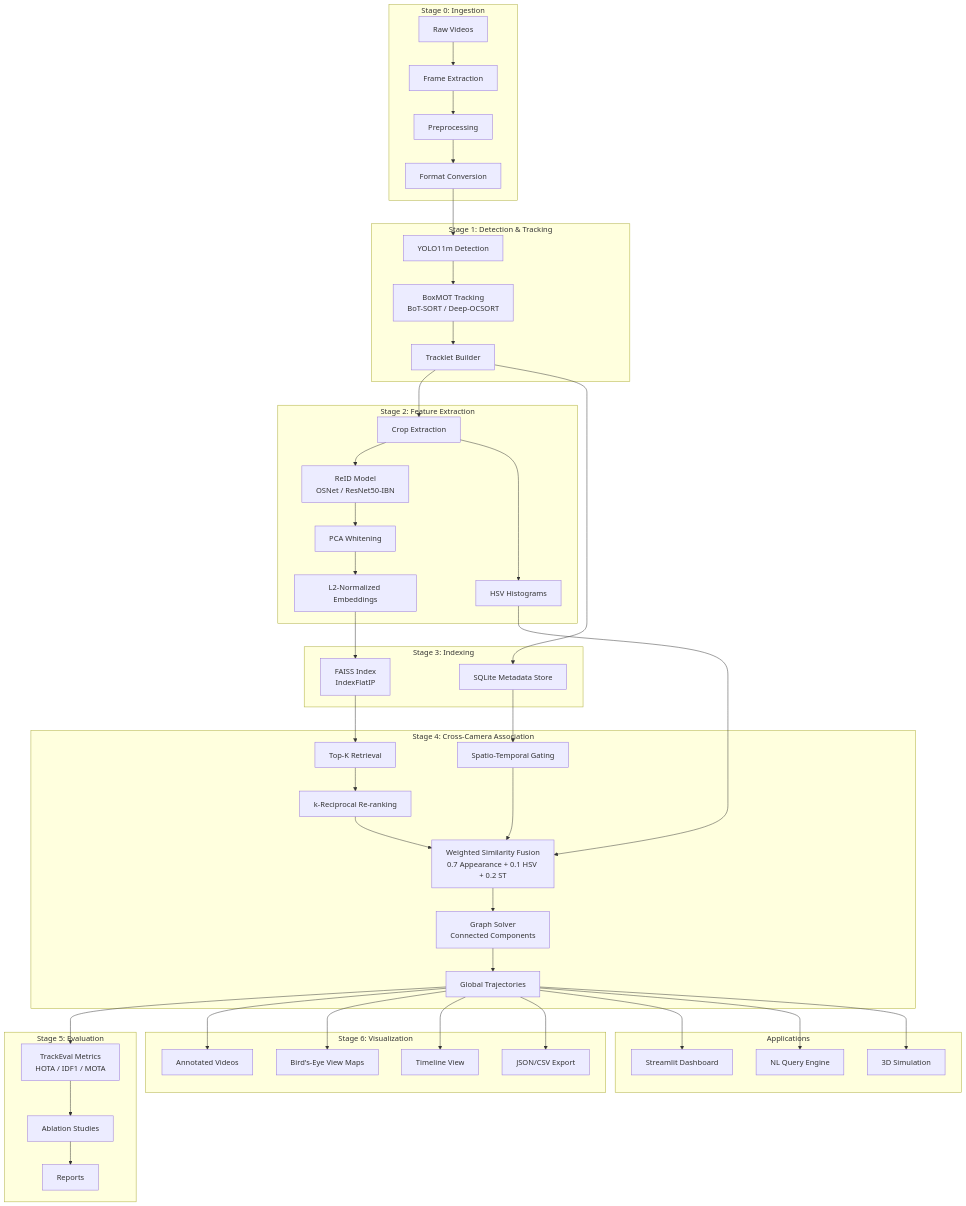
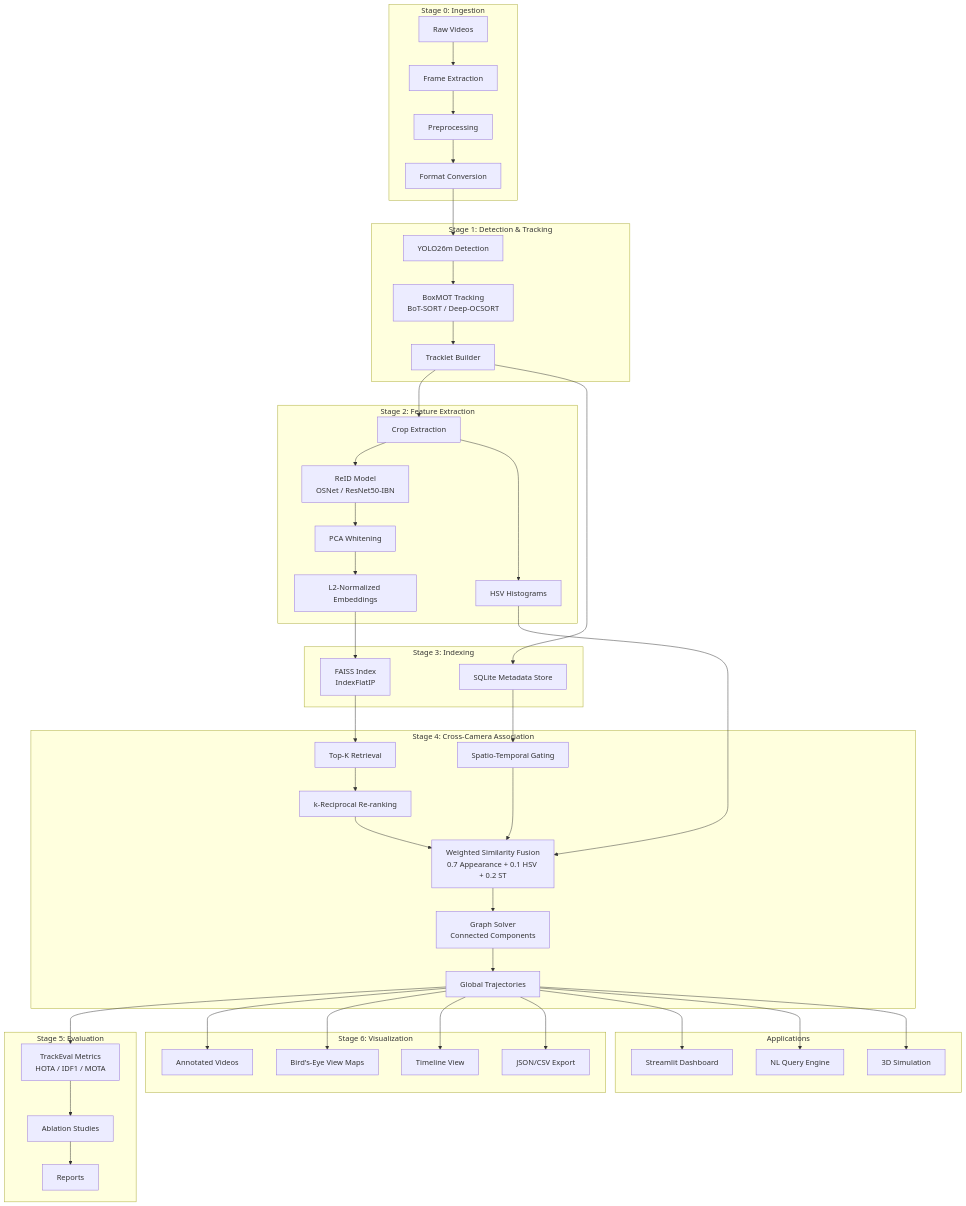
Before and after one commit to MRKDaGods/gp: the diagram in docs/architecture.md, drawn with Mermaid. The commit also changed other lines of this file and 26 other files, not shown here.

````diff
--- a/docs/architecture.md
+++ b/docs/architecture.md
@@ -9,57 +9,57 @@
 ```mermaid
 flowchart TD
     subgraph Stage0["Stage 0: Ingestion"]
         V[Raw Videos] --> FE[Frame Extraction]
         FE --> PP[Preprocessing]
         PP --> FC[Format Conversion]
     end
 
     subgraph Stage1["Stage 1: Detection & Tracking"]
-        FC --> DET[YOLO11m Detection]
+        FC --> DET[YOLO26m Detection]
         DET --> TRK[BoxMOT Tracking<br/>BoT-SORT / Deep-OCSORT]
         TRK --> TB[Tracklet Builder]
     end
 
     subgraph Stage2["Stage 2: Feature Extraction"]
         TB --> CE[Crop Extraction]
         CE --> REID[ReID Model<br/>OSNet / ResNet50-IBN]
         CE --> HSV[HSV Histograms]
         REID --> PCA[PCA Whitening]
         PCA --> EMB[L2-Normalized Embeddings]
     end
 
     subgraph Stage3["Stage 3: Indexing"]
         EMB --> FAISS[FAISS Index<br/>IndexFlatIP]
         TB --> META[SQLite Metadata Store]
     end
 
     subgraph Stage4["Stage 4: Cross-Camera Association"]
         FAISS --> TOPK[Top-K Retrieval]
         META --> ST[Spatio-Temporal Gating]
         TOPK --> RR[k-Reciprocal Re-ranking]
         RR --> SIM[Weighted Similarity Fusion<br/>0.7 Appearance + 0.1 HSV + 0.2 ST]
         HSV --> SIM
         ST --> SIM
         SIM --> GRAPH[Graph Solver<br/>Connected Components]
         GRAPH --> GT[Global Trajectories]
     end
 
     subgraph Stage5["Stage 5: Evaluation"]
         GT --> EVAL[TrackEval Metrics<br/>HOTA / IDF1 / MOTA]
         EVAL --> ABL[Ablation Studies]
         ABL --> RPT[Reports]
     end
 
     subgraph Stage6["Stage 6: Visualization"]
         GT --> VID[Annotated Videos]
         GT --> BEV[Bird's-Eye View Maps]
         GT --> TL[Timeline View]
         GT --> EXP[JSON/CSV Export]
     end
 
     subgraph Apps["Applications"]
         GT --> DASH[Streamlit Dashboard]
         GT --> NLQ[NL Query Engine]
         GT --> SIM3D[3D Simulation]
     end
 ```
````
